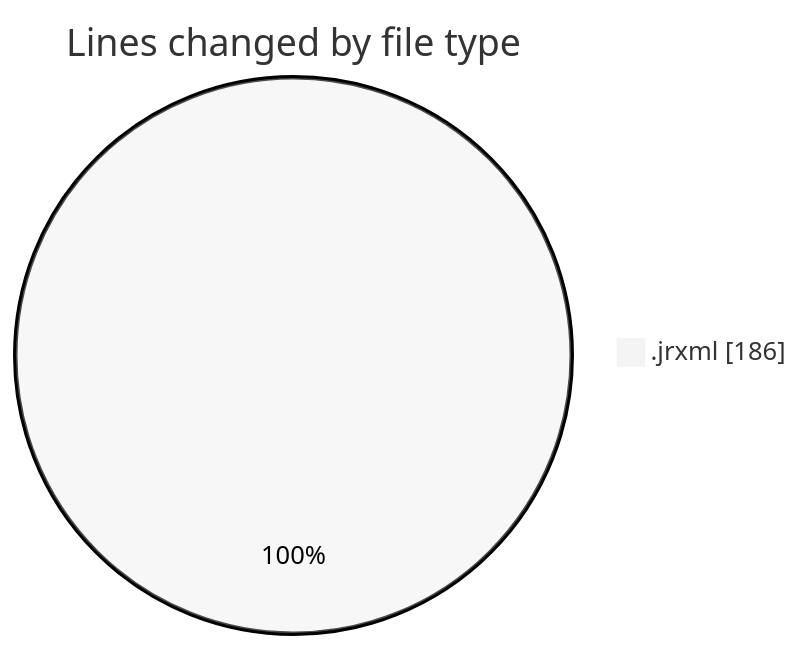
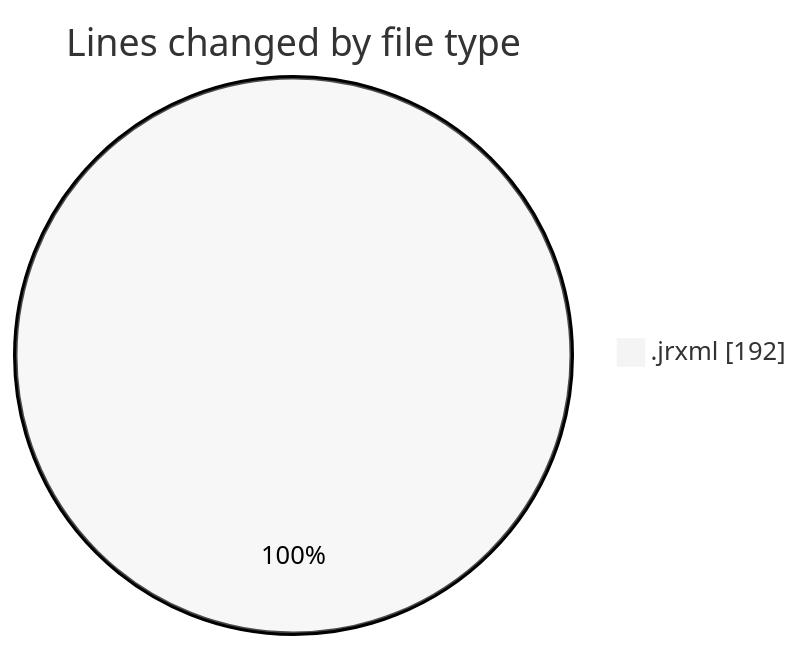
The first of 2 diagrams in 2026-06-30/cilreports__workspace_/README.md (ricardozamudiocil/code-tracking), drawn with Mermaid (neutral theme) before and after one commit. The commit also changed other lines of this file and 1 other file, not shown here.

````diff
--- a/2026-06-30/cilreports__workspace_/README.md
+++ b/2026-06-30/cilreports__workspace_/README.md
@@ -20,5 +20,5 @@
 ```mermaid
 pie showData
 title Lines changed by file type
-".jrxml" : 186
+".jrxml" : 192
 ```
````
